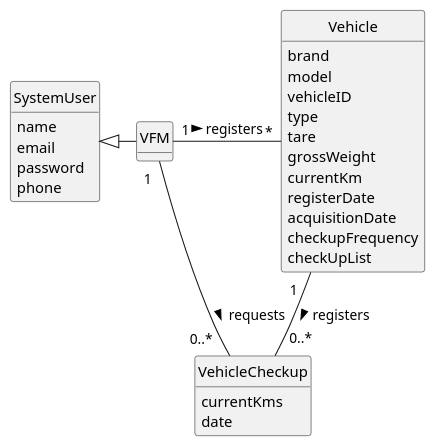
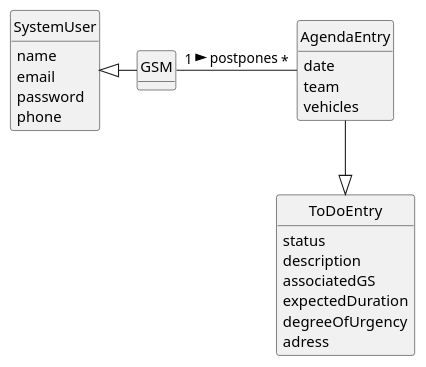
Before and after one commit to Departamento-de-Engenharia-Informatica/lei-24-s2-1do-g164: the diagram in docs/sprintC/us024/02.analysis/puml/us008-domain-model.puml, drawn with PlantUML. The commit also changed 3 other files, not shown here.

Commit message:
US24 and Global(docs): ssd and domain model finished for the US, also global domain model changed in accord with the collaborator now beeing a system user

```diff
--- a/docs/sprintC/us024/02.analysis/puml/us008-domain-model.puml
+++ b/docs/sprintC/us024/02.analysis/puml/us008-domain-model.puml
@@ -1,52 +1,47 @@
-@startuml
+\@startuml
 skinparam monochrome true
 skinparam packageStyle rectangle
 skinparam shadowing false
 
 
 
 skinparam classAttributeIconSize 0
 
 hide circle
 hide methods
 
 
 class SystemUser {
     name
     email
     password
     phone
 
 }
-class VFM {
+class GSM {
 
 }
 
-class VehicleCheckup {
-    currentKms
+class AgendaEntry {
     date
+    team
+    vehicles
+}
+
+class ToDoEntry {
+        status
+        description
+        associatedGS
+        expectedDuration
+        degreeOfUrgency
+        adress
+
 
 }
 
-class Vehicle {
+GSM "1" - "*" AgendaEntry : postpones >
+SystemUser <|- GSM
+AgendaEntry --|> ToDoEntry
 
 
-        brand
-        model
-        vehicleID
-        type
-        tare
-        grossWeight
-        currentKm
-        registerDate
-        acquisitionDate
-        checkupFrequency
-        checkUpList
-}
-
-
-VFM "1" - "*" Vehicle : registers >
-Vehicle "1   " -- "0..*                        " VehicleCheckup : registers >
-VFM "           1 " - "0..*   " VehicleCheckup : requests >
-SystemUser <|- VFM
 @enduml
```
